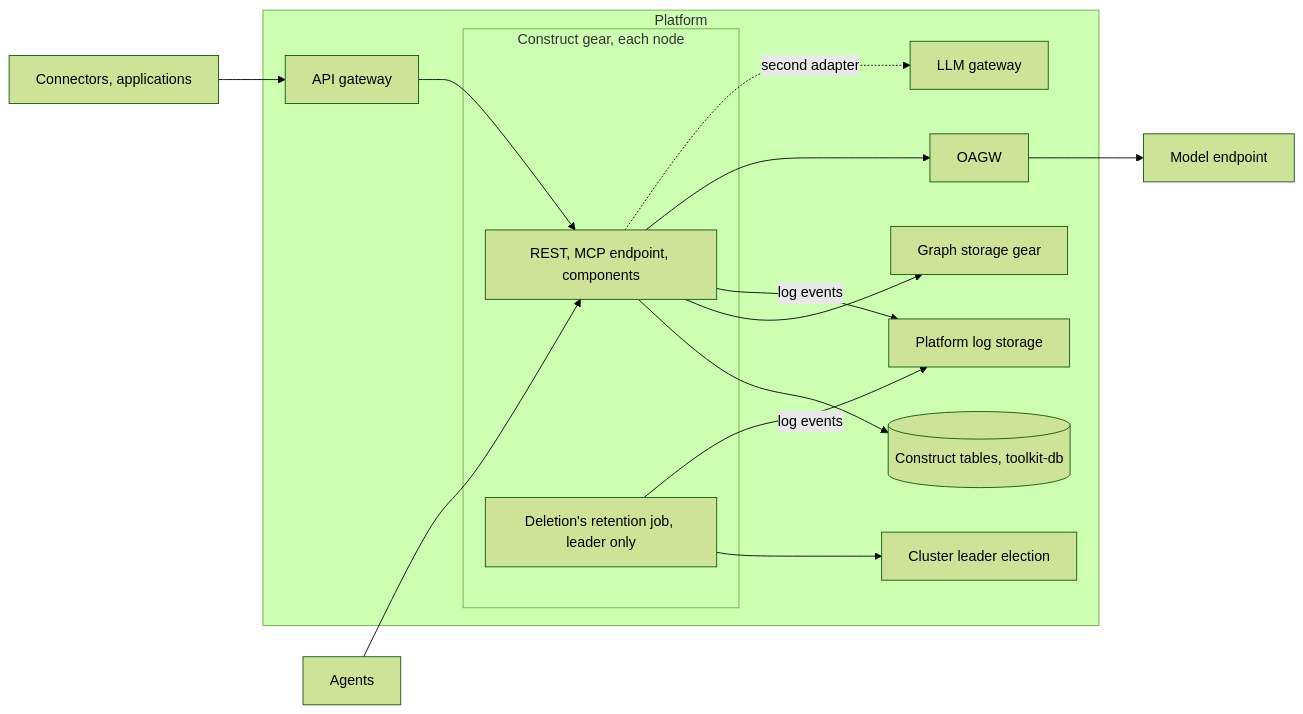
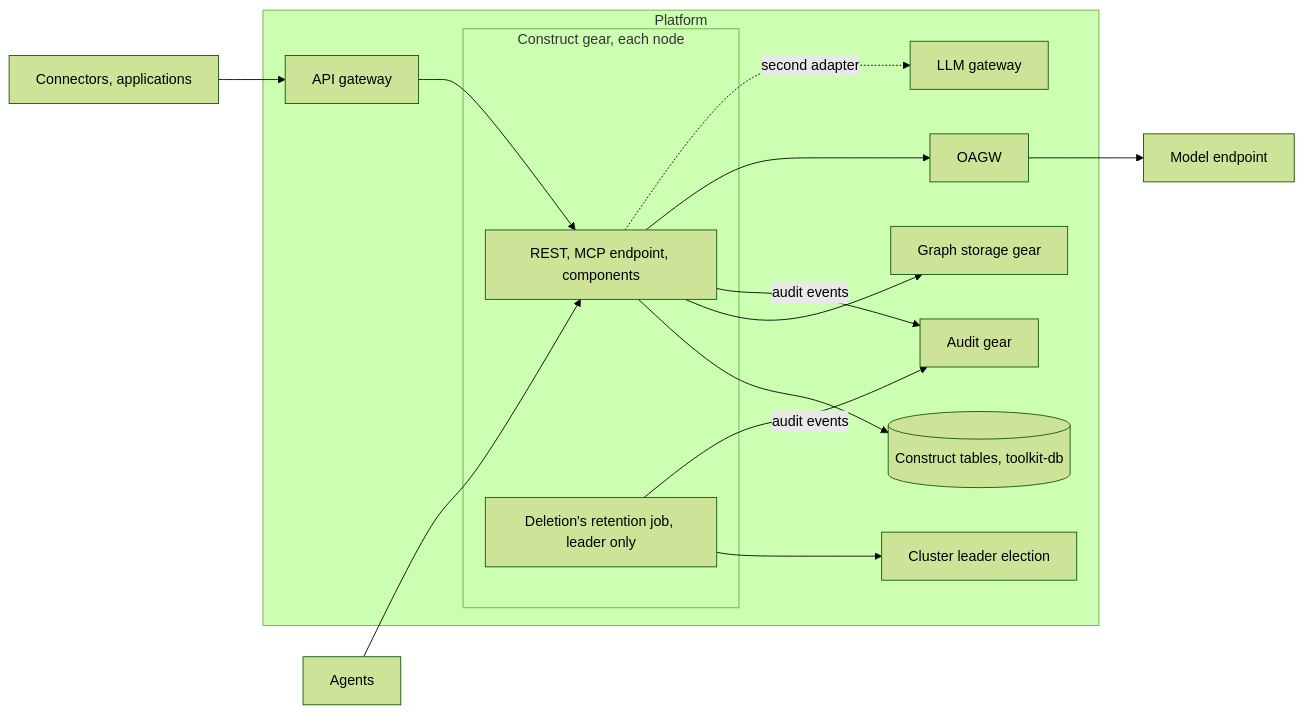
One commit to AndIConstructor/gears-rust changed the ninth of 9 diagrams in gears/construct/docs/DESIGN.md. Above: the diagram before and after it, drawn with Mermaid (forest theme). The commit also changed other lines of this file and 4 other files, not shown here.

````diff
--- a/gears/construct/docs/DESIGN.md
+++ b/gears/construct/docs/DESIGN.md
@@ -984,26 +987,26 @@
 ```mermaid
 flowchart LR
     subgraph Platform
         GW["API gateway"]
         subgraph CG["Construct gear, each node"]
             C["REST, MCP endpoint, components"]
             RJ["Deletion's retention job, leader only"]
         end
         CL["Cluster leader election"]
         DB[("Construct tables, toolkit-db")]
         GS["Graph storage gear"]
         OA["OAGW"]
         LG["LLM gateway"]
-        LS["Platform log storage"]
+        LS["Audit gear"]
     end
     ME["Model endpoint"]
     Callers["Connectors, applications"] --> GW --> C
     Agents --> C
     RJ --> CL
     C --> DB
     C --> GS
-    C -->|"log events"| LS
-    RJ -->|"log events"| LS
+    C -->|"audit events"| LS
+    RJ -->|"audit events"| LS
     C --> OA --> ME
     C -.->|"second adapter"| LG
 ```
````
